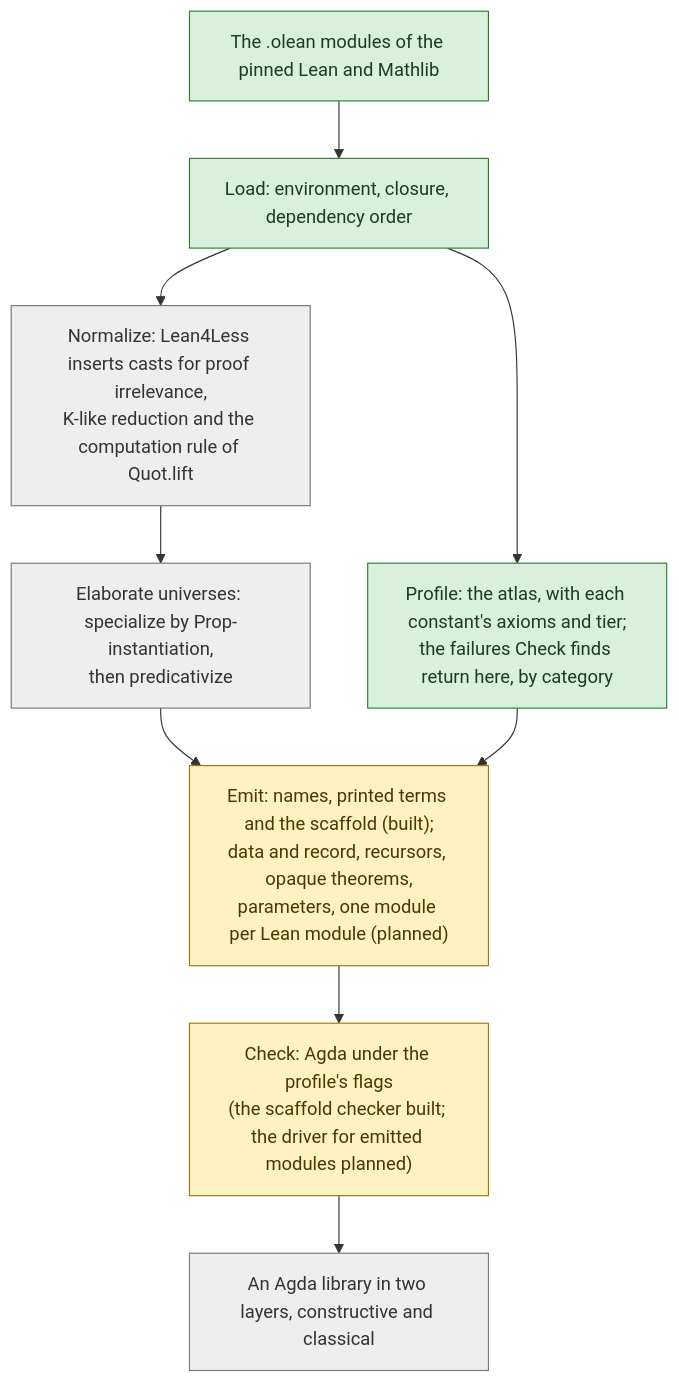
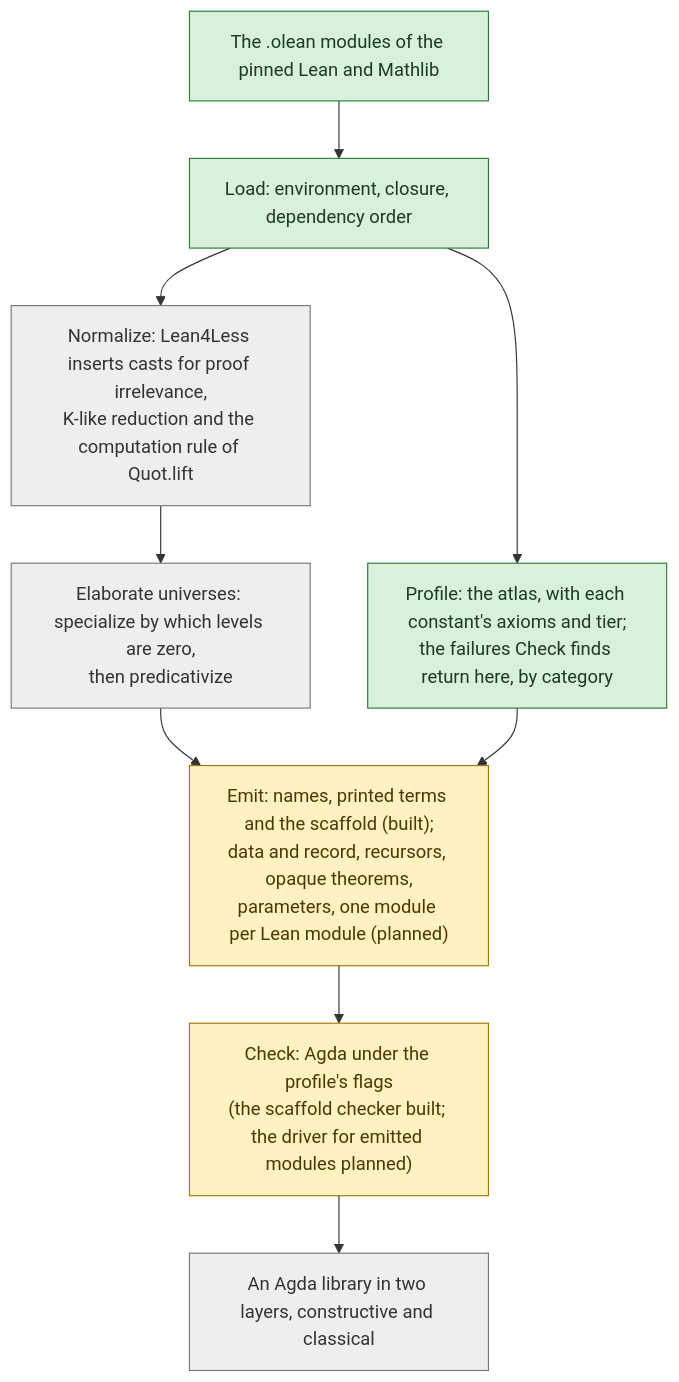
Before and after one commit to formalverification/lean2agda: the diagram in docs/architecture.md, drawn with Mermaid. The commit also changed other lines of this file and 4 other files, not shown here.

````diff
--- a/docs/architecture.md
+++ b/docs/architecture.md
@@ -72,17 +73,17 @@
 ```mermaid
 flowchart TB
   classDef built fill:#d8f0dc,stroke:#2e7d32,color:#1b3d1f
   classDef partial fill:#fff1c2,stroke:#a07800,color:#4a3800
   classDef planned fill:#eeeeee,stroke:#777777,color:#333333
   olean["The .olean modules of the pinned Lean and Mathlib"]:::built
   load["Load: environment, closure, dependency order"]:::built
   atlas["Profile: the atlas, with each constant's axioms and tier;<br/>the failures Check finds return here, by category"]:::built
   norm["Normalize: Lean4Less inserts casts for proof irrelevance,<br/>K-like reduction and the computation rule of Quot.lift"]:::planned
-  univ["Elaborate universes: specialize by Prop-instantiation,<br/>then predicativize"]:::planned
+  univ["Elaborate universes: specialize by which levels are zero,<br/>then predicativize"]:::planned
   emit["Emit: names, printed terms and the scaffold (built);<br/>data and record, recursors, opaque theorems,<br/>parameters, one module per Lean module (planned)"]:::partial
   check["Check: Agda under the profile's flags<br/>(the scaffold checker built; the driver for emitted modules planned)"]:::partial
   lib["An Agda library in two layers, constructive and classical"]:::planned
   olean --> load
   load --> norm --> univ --> emit --> check --> lib
   load --> atlas --> emit
 ```
````
